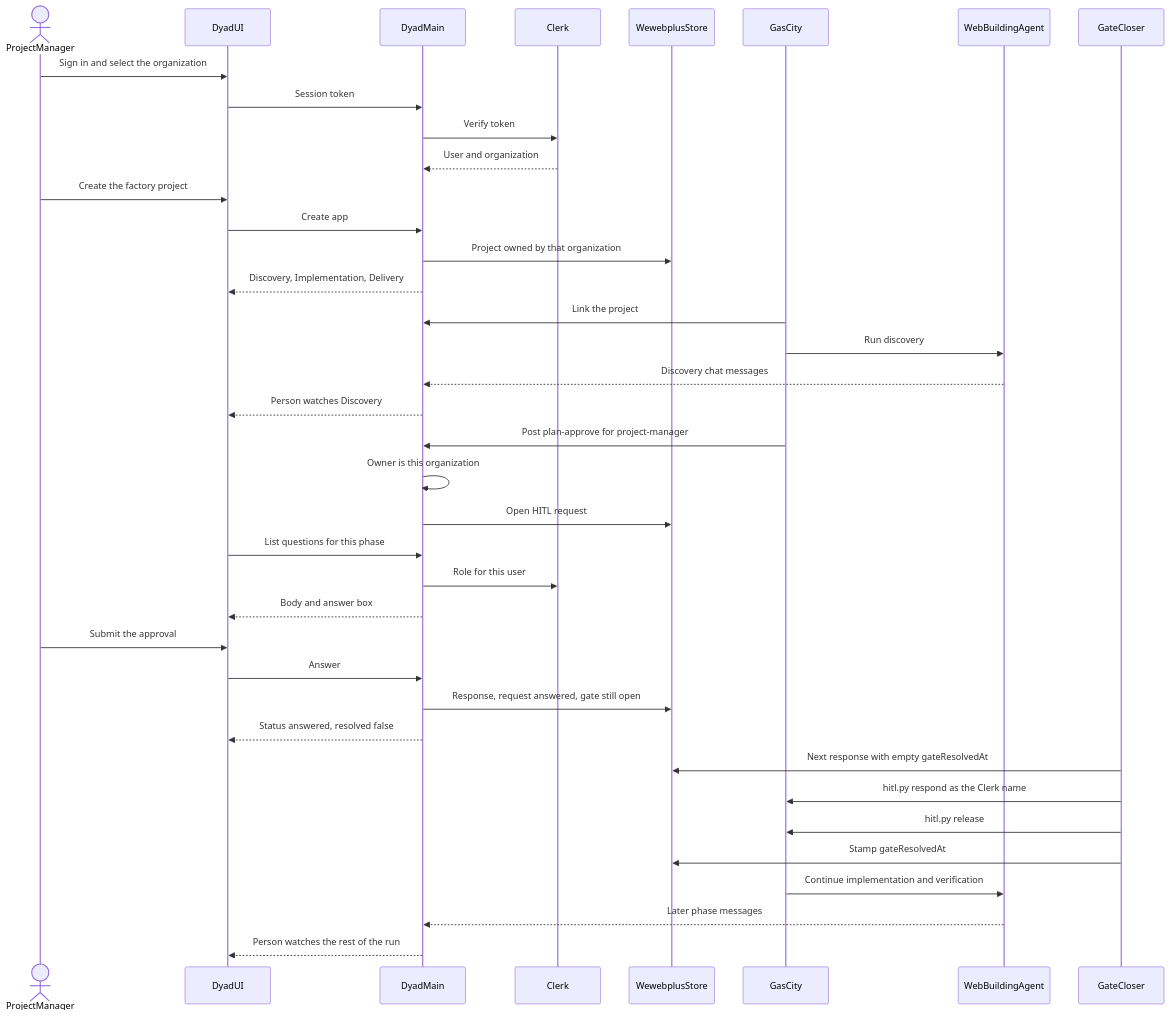
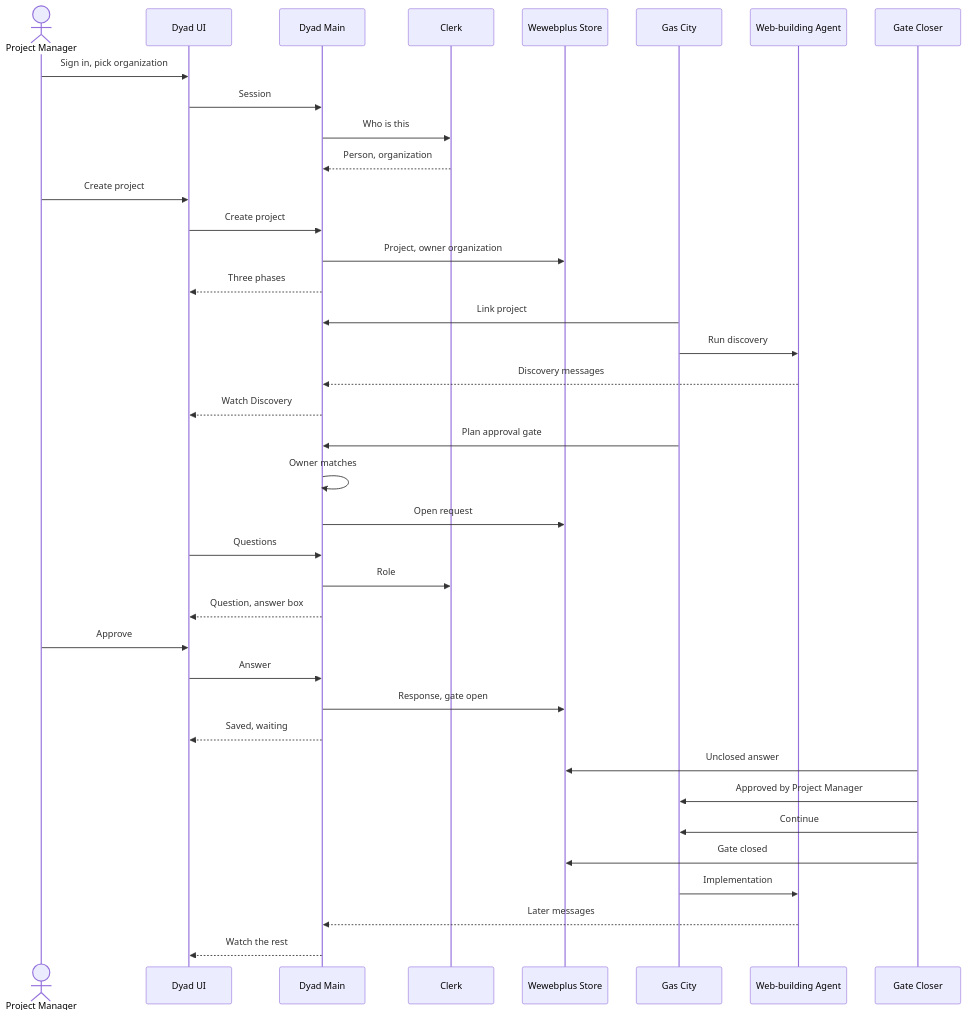
One commit to Awannaphasch2016/dyad changed the sixth of 6 diagrams in docs/multi-tenant-hitl-architecture.md. Above: the diagram before and after it, drawn with Mermaid. The commit also changed other lines of this file, not shown here.

First line of the commit message:
docs: rewrite multi-tenant HITL architecture for non-builder readers

````diff
--- a/docs/multi-tenant-hitl-architecture.md
+++ b/docs/multi-tenant-hitl-architecture.md
@@ -419,41 +344,41 @@
 ```mermaid
 sequenceDiagram
-  actor Manager as ProjectManager
-  participant UI as DyadUI
-  participant Main as DyadMain
+  actor Manager as Project Manager
+  participant UI as Dyad UI
+  participant Main as Dyad Main
   participant Clerk as Clerk
-  participant Store as WewebplusStore
-  participant City as GasCity
-  participant Agent as WebBuildingAgent
-  participant Closer as GateCloser
+  participant Store as Wewebplus Store
+  participant City as Gas City
+  participant Agent as Web-building Agent
+  participant Closer as Gate Closer
 
-  Manager->>UI: Sign in and select the organization
-  UI->>Main: Session token
-  Main->>Clerk: Verify token
-  Clerk-->>Main: User and organization
-  Manager->>UI: Create the factory project
-  UI->>Main: Create app
-  Main->>Store: Project owned by that organization
-  Main-->>UI: Discovery, Implementation, Delivery
-  City->>Main: Link the project
+  Manager->>UI: Sign in, pick organization
+  UI->>Main: Session
+  Main->>Clerk: Who is this
+  Clerk-->>Main: Person, organization
+  Manager->>UI: Create project
+  UI->>Main: Create project
+  Main->>Store: Project, owner organization
+  Main-->>UI: Three phases
+  City->>Main: Link project
   City->>Agent: Run discovery
-  Agent-->>Main: Discovery chat messages
-  Main-->>UI: Person watches Discovery
-  City->>Main: Post plan-approve for project-manager
-  Main->>Main: Owner is this organization
-  Main->>Store: Open HITL request
-  UI->>Main: List questions for this phase
-  Main->>Clerk: Role for this user
-  Main-->>UI: Body and answer box
-  Manager->>UI: Submit the approval
+  Agent-->>Main: Discovery messages
+  Main-->>UI: Watch Discovery
+  City->>Main: Plan approval gate
+  Main->>Main: Owner matches
+  Main->>Store: Open request
+  UI->>Main: Questions
+  Main->>Clerk: Role
+  Main-->>UI: Question, answer box
+  Manager->>UI: Approve
   UI->>Main: Answer
-  Main->>Store: Response, request answered, gate still open
-  Main-->>UI: Status answered, resolved false
-  Closer->>Store: Next response with empty gateResolvedAt
-  Closer->>City: hitl.py respond as the Clerk name
-  Closer->>City: hitl.py release
-  Closer->>Store: Stamp gateResolvedAt
-  City->>Agent: Continue implementation and verification
-  Agent-->>Main: Later phase messages
-  Main-->>UI: Person watches the rest of the run
+  Main->>Store: Response, gate open
+  Main-->>UI: Saved, waiting
+  Closer->>Store: Unclosed answer
+  Closer->>City: Approved by Project Manager
+  Closer->>City: Continue
+  Closer->>Store: Gate closed
+  City->>Agent: Implementation
+  Agent-->>Main: Later messages
+  Main-->>UI: Watch the rest
 ```
````
